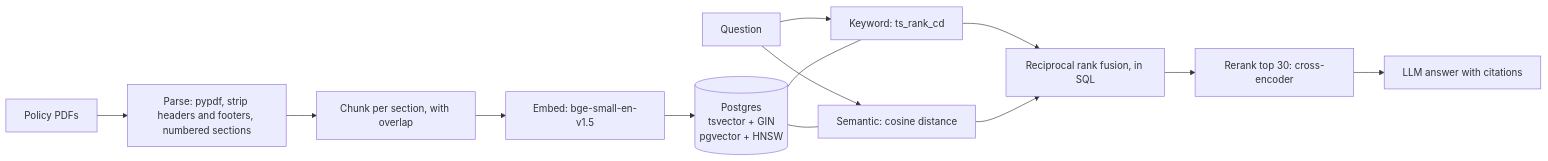
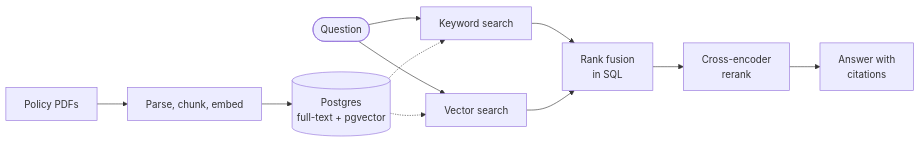
One commit to PriyamKeshri/Support-Assistant changed the diagram in README.md. Above: the diagram before and after it, drawn with Mermaid. The commit also changed other lines of this file, not shown here.

````diff
--- a/README.md
+++ b/README.md
@@ -83,13 +30,7 @@
 ```mermaid
 flowchart LR
-    PDF[Policy PDFs] --> P[Parse: pypdf, strip headers and footers, numbered sections]
-    P --> C[Chunk per section, with overlap]
-    C --> E[Embed: bge-small-en-v1.5]
-    E --> DB[(Postgres<br/>tsvector + GIN<br/>pgvector + HNSW)]
-    Q[Question] --> K[Keyword: ts_rank_cd]
-    Q --> S[Semantic: cosine distance]
-    DB --- K & S
-    K & S --> F[Reciprocal rank fusion, in SQL]
-    F --> R[Rerank top 30: cross-encoder]
-    R --> L[LLM answer with citations]
+    PDF[Policy PDFs] --> ING[Parse, chunk, embed] --> DB[(Postgres<br/>full-text + pgvector)]
+    Q([Question]) --> KW[Keyword search] & VEC[Vector search]
+    DB -.-> KW & VEC
+    KW & VEC --> RRF[Rank fusion<br/>in SQL] --> RR[Cross-encoder<br/>rerank] --> ANS[Answer with<br/>citations]
 ```
````
